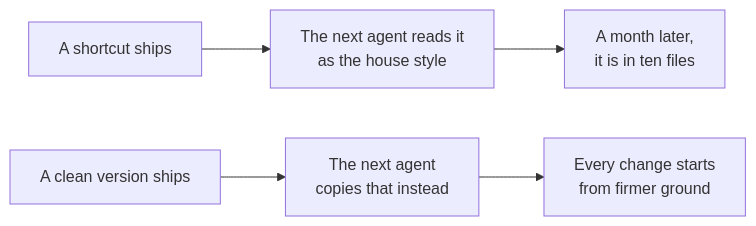
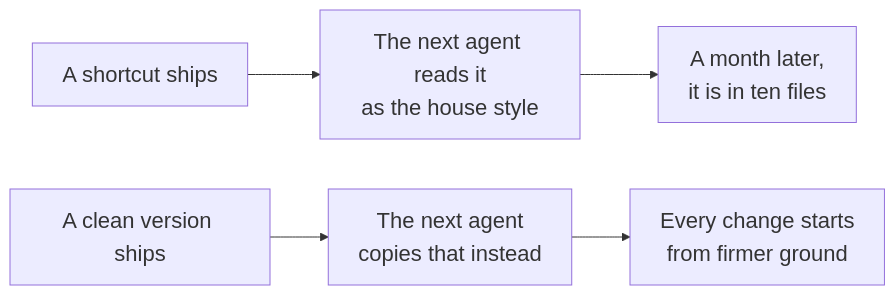
The fifth of 6 diagrams in engineering/decisions/2026-09-24-agentic-practice-audit/agentic-engineering-practices.md (Laticent/lattice), drawn with Mermaid before and after one commit. The commit also changed other lines of this file and 1 other file, not shown here.

````diff
--- a/engineering/decisions/2026-09-24-agentic-practice-audit/agentic-engineering-practices.md
+++ b/engineering/decisions/2026-09-24-agentic-practice-audit/agentic-engineering-practices.md
@@ -1016,5 +1023,6 @@
 ```mermaid
+%%{init: {'themeVariables': {'fontSize': '22px'}}}%%
 flowchart LR
   S["A shortcut ships"] --> R1["The next agent reads it<br/>as the house style"] --> T["A month later,<br/>it is in ten files"]
   G["A clean version ships"] --> R2["The next agent<br/>copies that instead"] --> F["Every change starts<br/>from firmer ground"]
 ```
````
